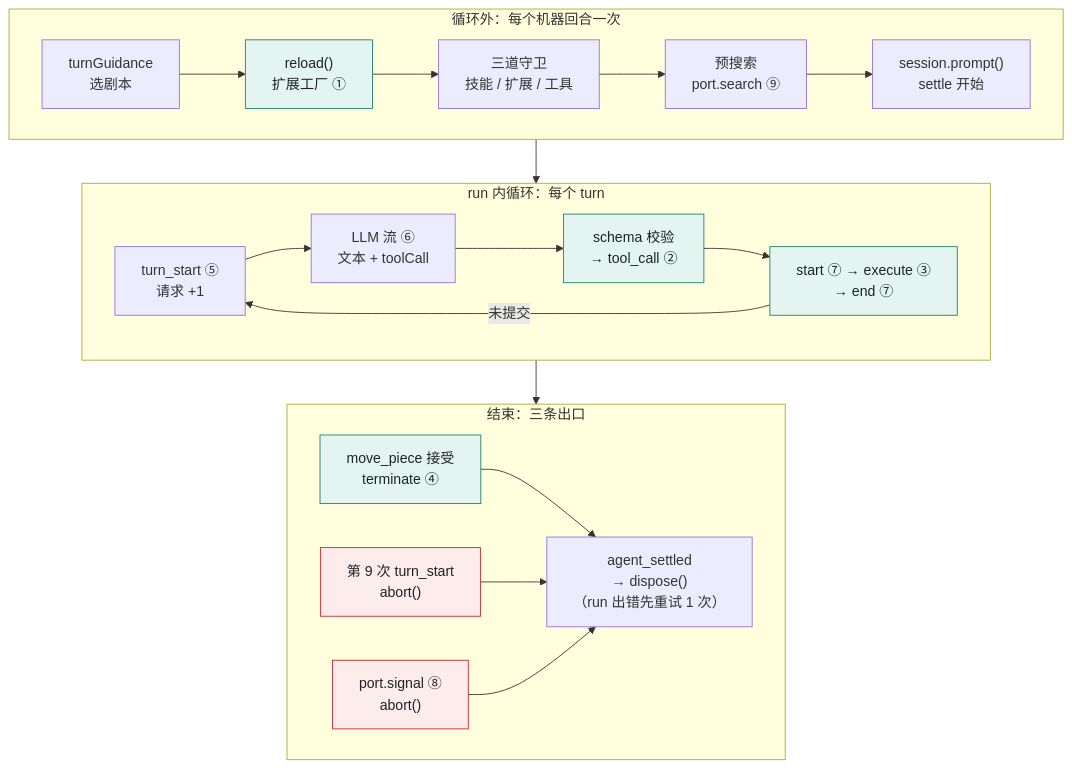
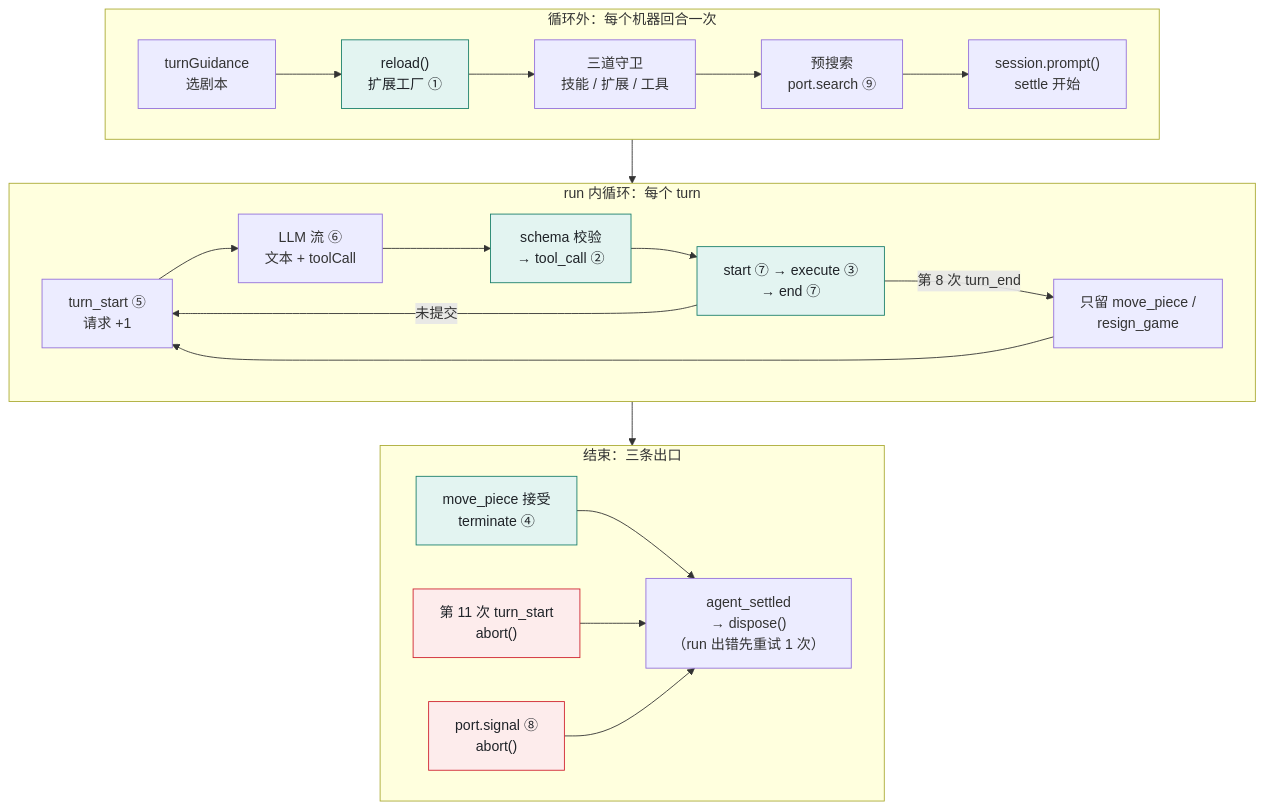
Before and after one commit to aicoder2048/pi-vs-claude-code: the sixth of 20 diagrams in apps/chinese-chess/docs/ASD-STE100/chinese-chess-whitepaper-ste.md, drawn with Mermaid. The commit also changed other lines of this file and 5 other files, not shown here.

````diff
--- a/apps/chinese-chess/docs/ASD-STE100/chinese-chess-whitepaper-ste.md
+++ b/apps/chinese-chess/docs/ASD-STE100/chinese-chess-whitepaper-ste.md
@@ -420,27 +420,28 @@
 ```mermaid
 flowchart TB
   subgraph R1["循环外：每个机器回合一次"]
     direction LR
     A1["turnGuidance<br/>选剧本"] --> A2["reload()<br/>扩展工厂 ①"] --> A3["三道守卫<br/>技能 / 扩展 / 工具"] --> A4["预搜索<br/>port.search ⑨"] --> A5["session.prompt()<br/>settle 开始"]
   end
   subgraph R2["run 内循环：每个 turn"]
     direction LR
     B1["turn_start ⑤<br/>请求 +1"] --> B2["LLM 流 ⑥<br/>文本 + toolCall"] --> B3["schema 校验<br/>→ tool_call ②"] --> B4["start ⑦ → execute ③<br/>→ end ⑦"]
     B4 -- "未提交" --> B1
+    B4 -- "第 8 次 turn_end" --> B5["只留 move_piece /<br/>resign_game"] --> B1
   end
   subgraph R3["结束：三条出口"]
     direction LR
     C1["move_piece 接受<br/>terminate ④"]
-    C2["第 9 次 turn_start<br/>abort()"]
+    C2["第 11 次 turn_start<br/>abort()"]
     C3["port.signal ⑧<br/>abort()"]
     C1 --> Z["agent_settled<br/>→ dispose()<br/>（run 出错先重试 1 次）"]
     C2 --> Z
     C3 --> Z
   end
   R1 --> R2 --> R3
   classDef l1 fill:#E6F0FA,stroke:#0B5CAB,color:#1F2328
   classDef l2 fill:#E3F4F1,stroke:#1A7F6B,color:#1F2328
   classDef warn fill:#FDECEC,stroke:#CF222E,color:#1F2328
   class A2,B3,B4,C1 l2
   class C2,C3 warn
 ```
````
